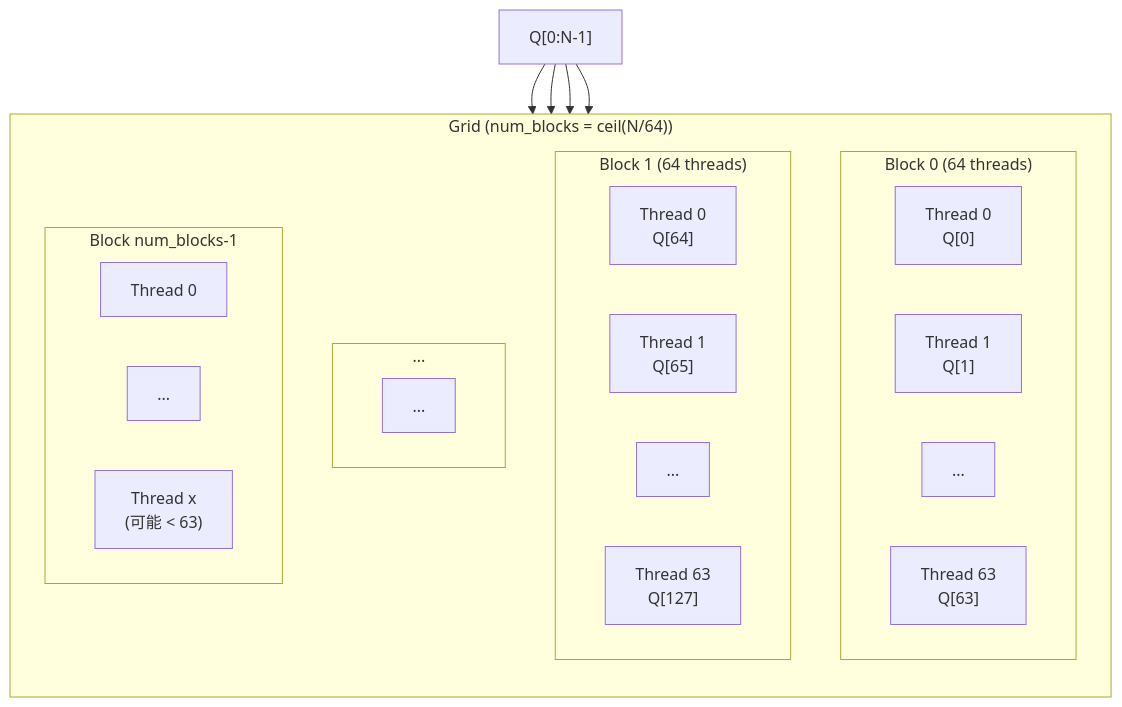
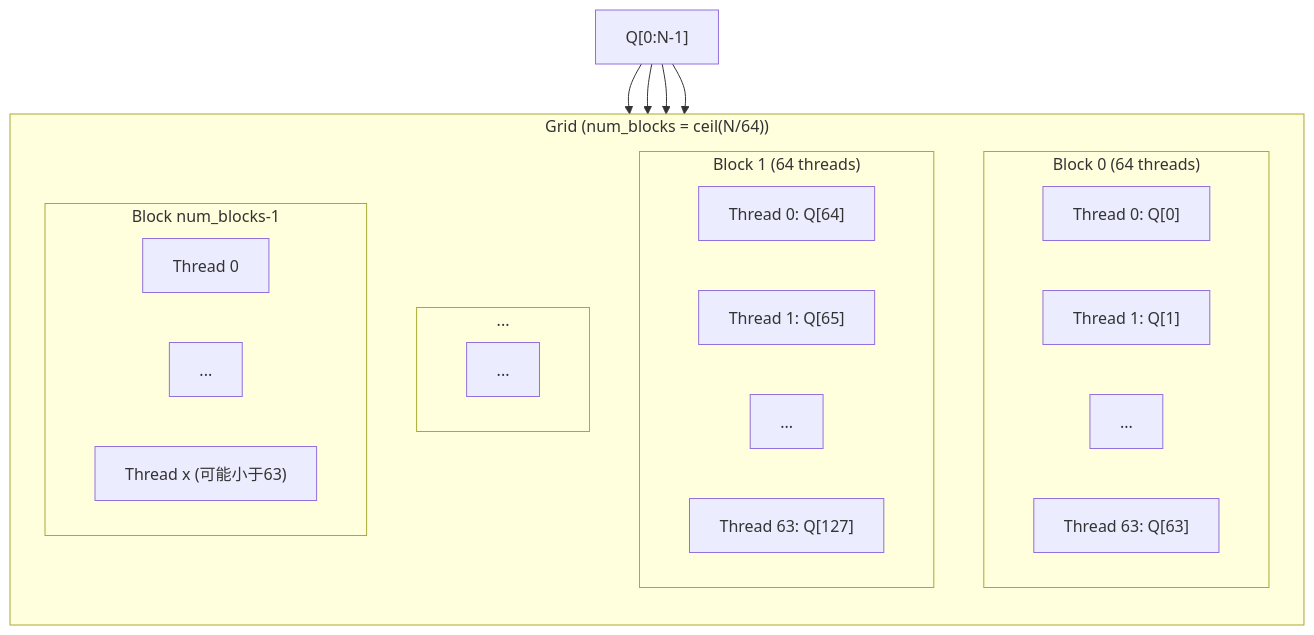
One commit to hzchenxiaobin/LLM changed the third of 7 diagrams in flashattention/docs/V1_ALGORITHM_VISUAL.md. Above: the diagram before and after it, drawn with Mermaid. The commit also changed other lines of this file, not shown here.

First line of the commit message:
Fix mermaid diagram rendering in V1_ALGORITHM_VISUAL.md

````diff
--- a/flashattention/docs/V1_ALGORITHM_VISUAL.md
+++ b/flashattention/docs/V1_ALGORITHM_VISUAL.md
@@ -122,40 +122,40 @@
 ```mermaid
 flowchart TB
     subgraph Grid["Grid (num_blocks = ceil(N/64))"]
         direction TB
 
         subgraph Block0["Block 0 (64 threads)"]
             direction LR
-            T00["Thread 0<br/>Q[0]"]
-            T01["Thread 1<br/>Q[1]"]
+            T00["Thread 0: Q[0]"]
+            T01["Thread 1: Q[1]"]
             T02["..."]
-            T063["Thread 63<br/>Q[63]"]
+            T063["Thread 63: Q[63]"]
         end
 
         subgraph Block1["Block 1 (64 threads)"]
             direction LR
-            T10["Thread 0<br/>Q[64]"]
-            T11["Thread 1<br/>Q[65]"]
+            T10["Thread 0: Q[64]"]
+            T11["Thread 1: Q[65]"]
             T12["..."]
-            T163["Thread 63<br/>Q[127]"]
+            T163["Thread 63: Q[127]"]
         end
 
         subgraph BlockN["..."]
             BNE["..."]
         end
 
         subgraph BlockLast["Block num_blocks-1"]
             direction LR
             TL0["Thread 0"]
             TL1["..."]
-            TLX["Thread x<br/>(可能 < 63)"]
+            TLX["Thread x (可能小于63)"]
         end
     end
 
     QData["Q[0:N-1]"]
 
     QData --> Block0
     QData --> Block1
     QData --> BlockN
     QData --> BlockLast
 ```
````
